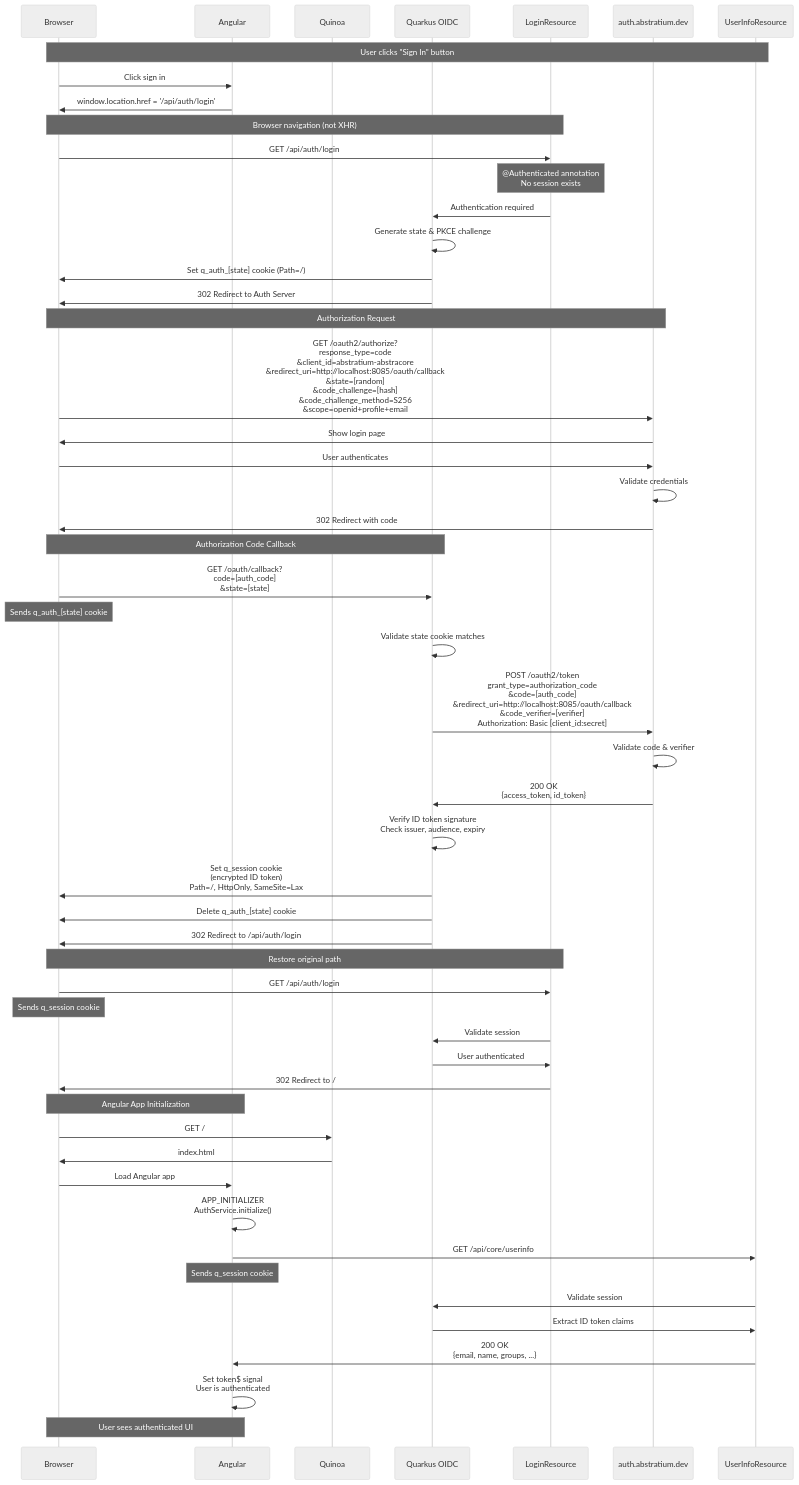
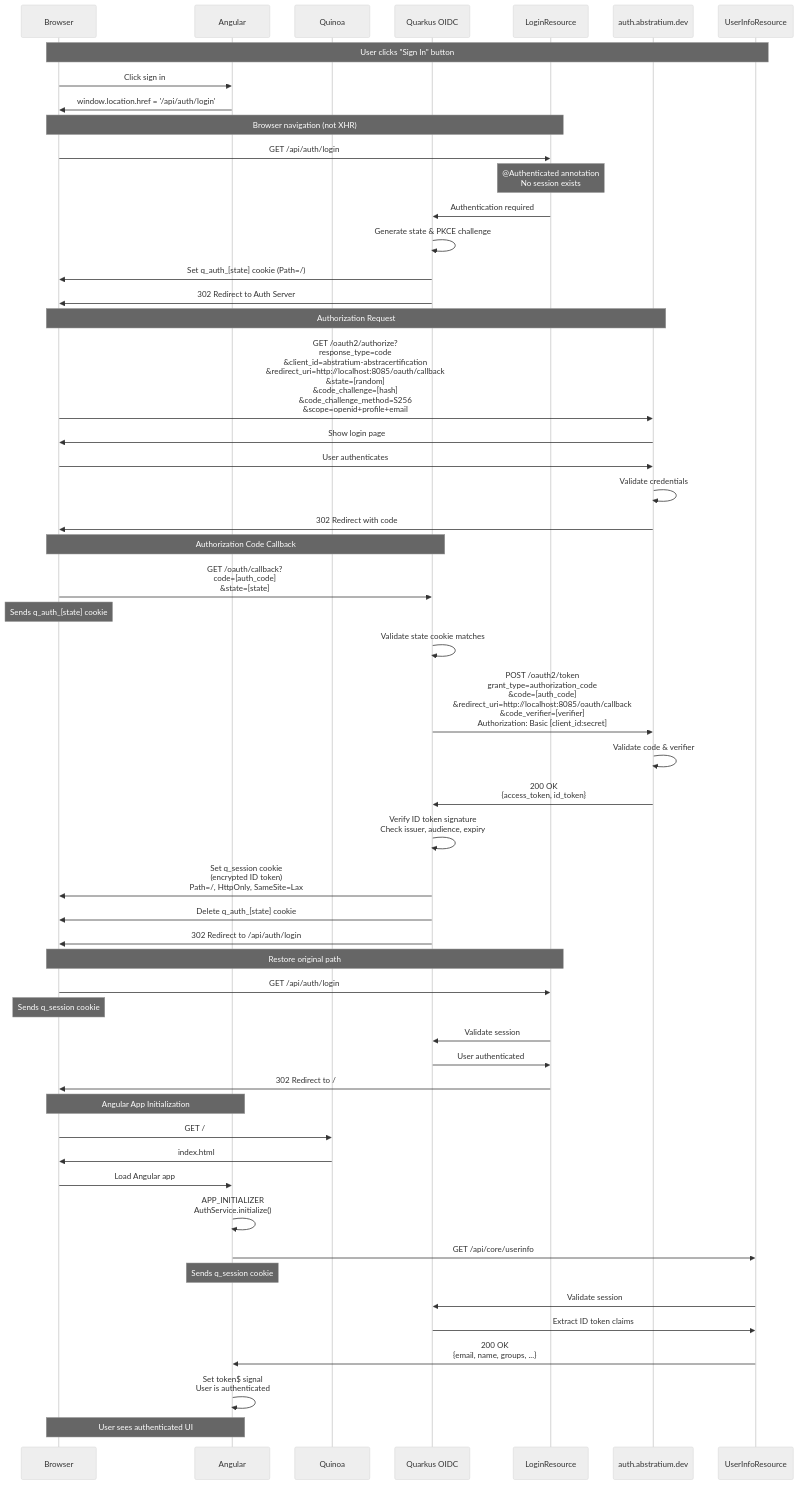
Before and after one commit to abstratium-dev/abstracertification: the second of 6 diagrams in docs/AUTHENTICATION_FLOW.md, drawn with Mermaid (neutral theme). The commit also changed other lines of this file and 28 other files, not shown here.

````diff
--- a/docs/AUTHENTICATION_FLOW.md
+++ b/docs/AUTHENTICATION_FLOW.md
@@ -86,68 +86,68 @@
 ```mermaid
 sequenceDiagram
     participant Browser
     participant Angular
     participant Quinoa
     participant OIDC as Quarkus OIDC
     participant Login as LoginResource
     participant Auth as auth.abstratium.dev
     participant UserInfo as UserInfoResource
 
     Note over Browser,UserInfo: User clicks "Sign In" button
     
     Browser->>Angular: Click sign in
     Angular->>Browser: window.location.href = '/api/auth/login'
     
     Note over Browser,Login: Browser navigation (not XHR)
     Browser->>Login: GET /api/auth/login
     Note over Login: @Authenticated annotation<br/>No session exists
     
     Login->>OIDC: Authentication required
     OIDC->>OIDC: Generate state & PKCE challenge
     OIDC->>Browser: Set q_auth_[state] cookie (Path=/)
     OIDC->>Browser: 302 Redirect to Auth Server
     
     Note over Browser,Auth: Authorization Request
-    Browser->>Auth: GET /oauth2/authorize?<br/>response_type=code<br/>&client_id=abstratium-abstracore<br/>&redirect_uri=http://localhost:8085/oauth/callback<br/>&state=[random]<br/>&code_challenge=[hash]<br/>&code_challenge_method=S256<br/>&scope=openid+profile+email
+    Browser->>Auth: GET /oauth2/authorize?<br/>response_type=code<br/>&client_id=abstratium-abstracertification<br/>&redirect_uri=http://localhost:8085/oauth/callback<br/>&state=[random]<br/>&code_challenge=[hash]<br/>&code_challenge_method=S256<br/>&scope=openid+profile+email
     
     Auth->>Browser: Show login page
     Browser->>Auth: User authenticates
     Auth->>Auth: Validate credentials
     Auth->>Browser: 302 Redirect with code
     
     Note over Browser,OIDC: Authorization Code Callback
     Browser->>OIDC: GET /oauth/callback?<br/>code=[auth_code]<br/>&state=[state]
     Note over Browser: Sends q_auth_[state] cookie
     
     OIDC->>OIDC: Validate state cookie matches
     OIDC->>Auth: POST /oauth2/token<br/>grant_type=authorization_code<br/>&code=[auth_code]<br/>&redirect_uri=http://localhost:8085/oauth/callback<br/>&code_verifier=[verifier]<br/>Authorization: Basic [client_id:secret]
     
     Auth->>Auth: Validate code & verifier
     Auth->>OIDC: 200 OK<br/>{access_token, id_token}
     
     OIDC->>OIDC: Verify ID token signature<br/>Check issuer, audience, expiry
     OIDC->>Browser: Set q_session cookie<br/>(encrypted ID token)<br/>Path=/, HttpOnly, SameSite=Lax
     OIDC->>Browser: Delete q_auth_[state] cookie
     OIDC->>Browser: 302 Redirect to /api/auth/login
     
     Note over Browser,Login: Restore original path
     Browser->>Login: GET /api/auth/login
     Note over Browser: Sends q_session cookie
     Login->>OIDC: Validate session
     OIDC->>Login: User authenticated
     Login->>Browser: 302 Redirect to /
     
     Note over Browser,Angular: Angular App Initialization
     Browser->>Quinoa: GET /
     Quinoa->>Browser: index.html
     Browser->>Angular: Load Angular app
     Angular->>Angular: APP_INITIALIZER<br/>AuthService.initialize()
     Angular->>UserInfo: GET /api/core/userinfo
     Note over Angular: Sends q_session cookie
     UserInfo->>OIDC: Validate session
     OIDC->>UserInfo: Extract ID token claims
     UserInfo->>Angular: 200 OK<br/>{email, name, groups, ...}
     Angular->>Angular: Set token$ signal<br/>User is authenticated
     
     Note over Browser,Angular: User sees authenticated UI
 ```
````
